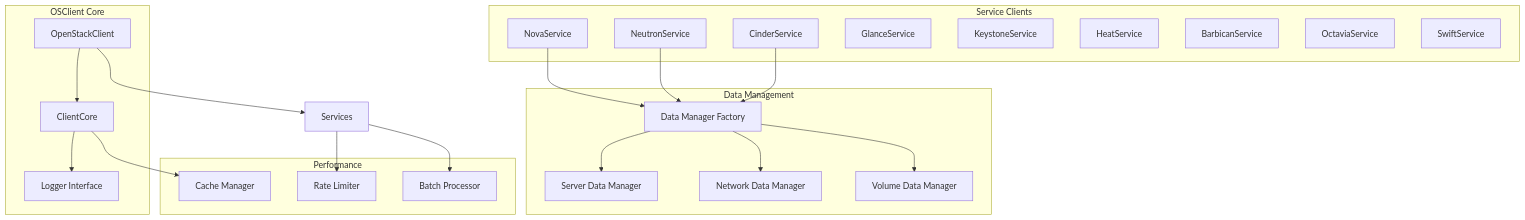
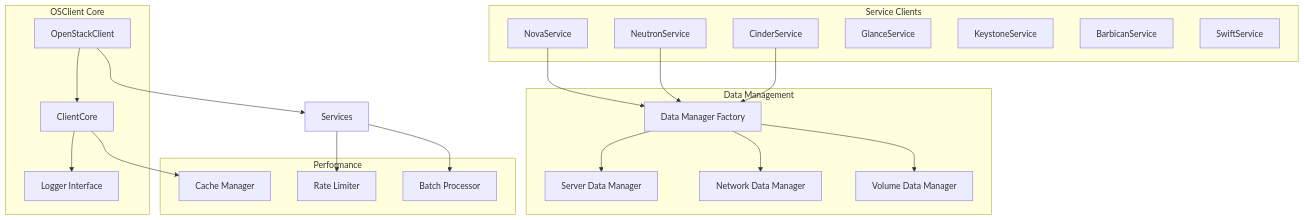
One commit to bluejayA/substation changed the second of 6 diagrams in docs/architecture/components.md. Above: the diagram before and after it, drawn with Mermaid. The commit also changed other lines of this file and 19 other files, not shown here.

````diff
--- a/docs/architecture/components.md
+++ b/docs/architecture/components.md
@@ -106,50 +106,48 @@
 ```mermaid
 graph TB
     subgraph "OSClient Core"
         Client[OpenStackClient]
         Core[ClientCore]
         Logger[Logger Interface]
     end
 
     subgraph "Service Clients"
         Nova[NovaService]
         Neutron[NeutronService]
         Cinder[CinderService]
         Glance[GlanceService]
         Keystone[KeystoneService]
-        Heat[HeatService]
         Barbican[BarbicanService]
-        Octavia[OctaviaService]
         Swift[SwiftService]
     end
 
     subgraph "Data Management"
         DataManager[Data Manager Factory]
         ServerDM[Server Data Manager]
         NetworkDM[Network Data Manager]
         VolumeDM[Volume Data Manager]
     end
 
     subgraph "Performance"
         CacheManager[Cache Manager]
         RateLimiter[Rate Limiter]
         BatchProcessor[Batch Processor]
     end
 
     Client --> Core
     Client --> Services
 
     Core --> Logger
     Core --> CacheManager
 
     Nova --> DataManager
     Neutron --> DataManager
     Cinder --> DataManager
 
     DataManager --> ServerDM
     DataManager --> NetworkDM
     DataManager --> VolumeDM
 
     Services --> RateLimiter
     Services --> BatchProcessor
 ```
````
